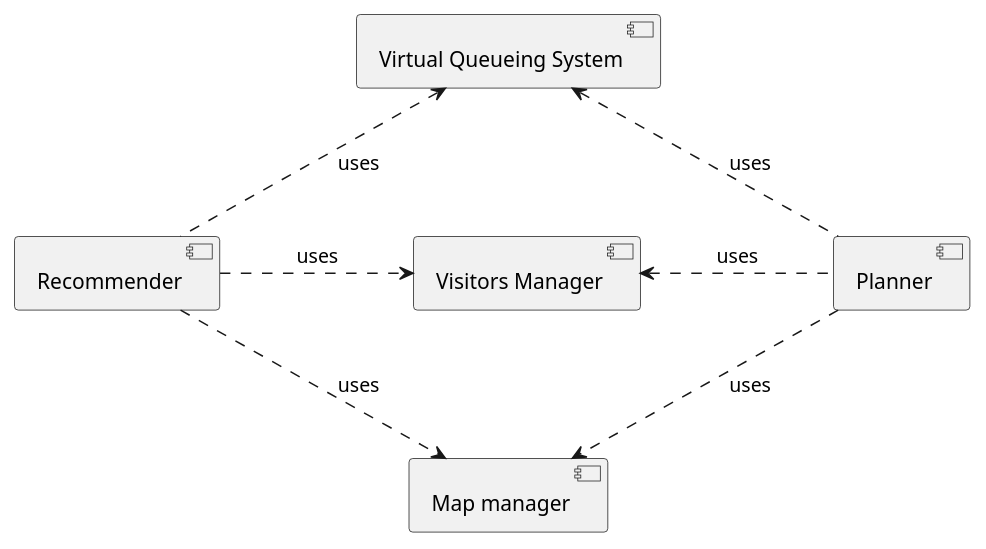
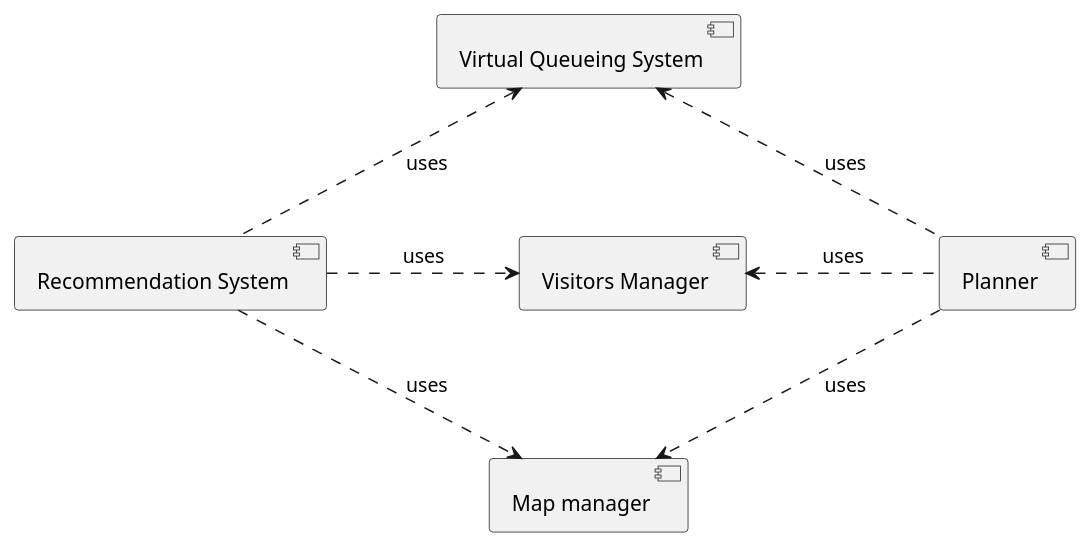
One commit to ICPS-MicroCity/amusement-park-analysis changed the diagram in doc/res/architecture-overview.puml. Above: the diagram before and after it, drawn with PlantUML. The commit also changed 1 other file, not shown here.

```diff
--- a/doc/res/architecture-overview.puml
+++ b/doc/res/architecture-overview.puml
@@ -1,33 +1,33 @@
 @startuml architecture-overview
 top to bottom direction
 
 'skinparam componentStyle rectangle
 skinparam nodesep 100
 skinparam ranksep 80
-' node "Recommender" as recommender {
+' node "Recommendation System" as recommendation_system {
 '     [Attractions recommender]
 '     [Show recommender]
 '     [Restaurant recommender]
 '     [Shop recommender]
 ' }
 
-[Recommender] as recommender
+[Recommendation System] as recommendation_system
 [Visitors Manager] as vm
 [Planner] as planner
 [Map manager] as map_manager
 [Virtual Queueing System] as vqs
 
 'actor Guest as guest
 
 planner ..> map_manager : uses
-recommender ..> map_manager : uses
+recommendation_system ..> map_manager : uses
 vqs <.. planner : uses
-vqs <.. recommender : uses
-vm <.left. recommender : uses
+vqs <.. recommendation_system : uses
+vm <.left. recommendation_system : uses
 vm <.right. planner : uses
 ' guest <--> vqs : interact with
 ' guest .. map_manager : interacts with
-' guest .. recommender
+' guest .. recommendation_system
 ' guest .. planner
 
 @enduml
```
